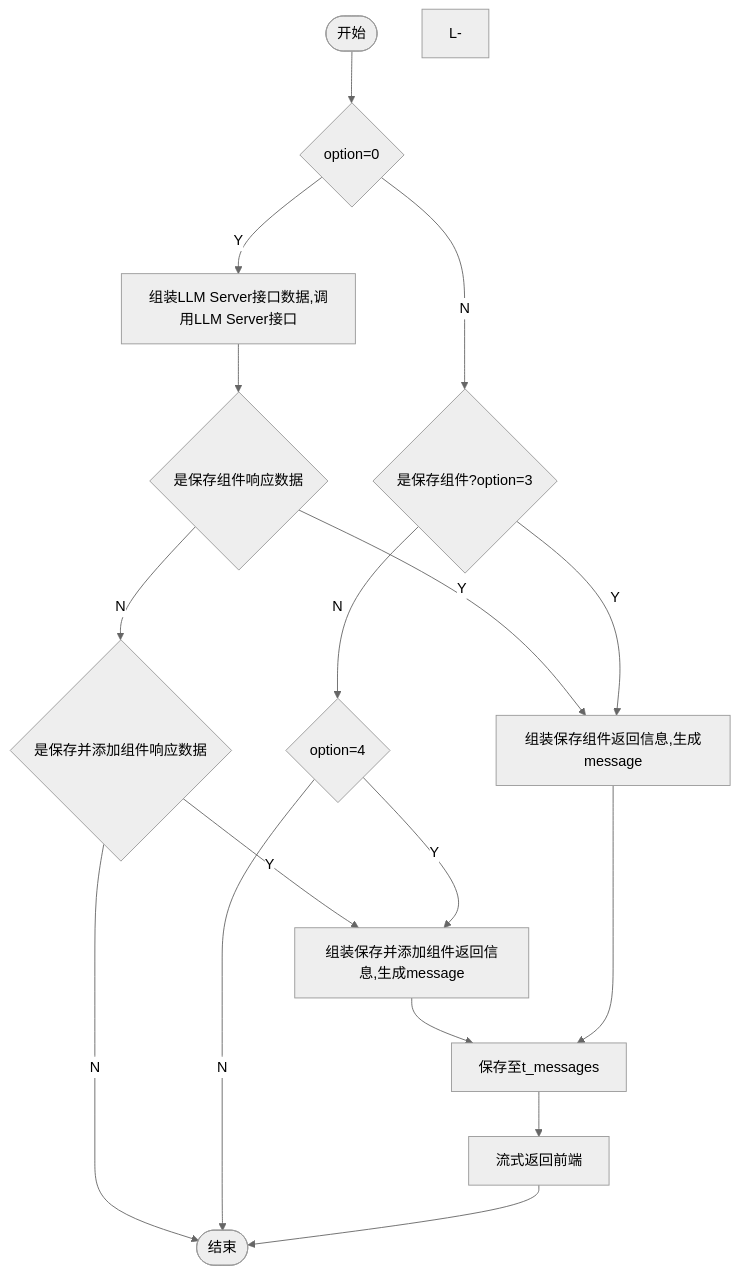
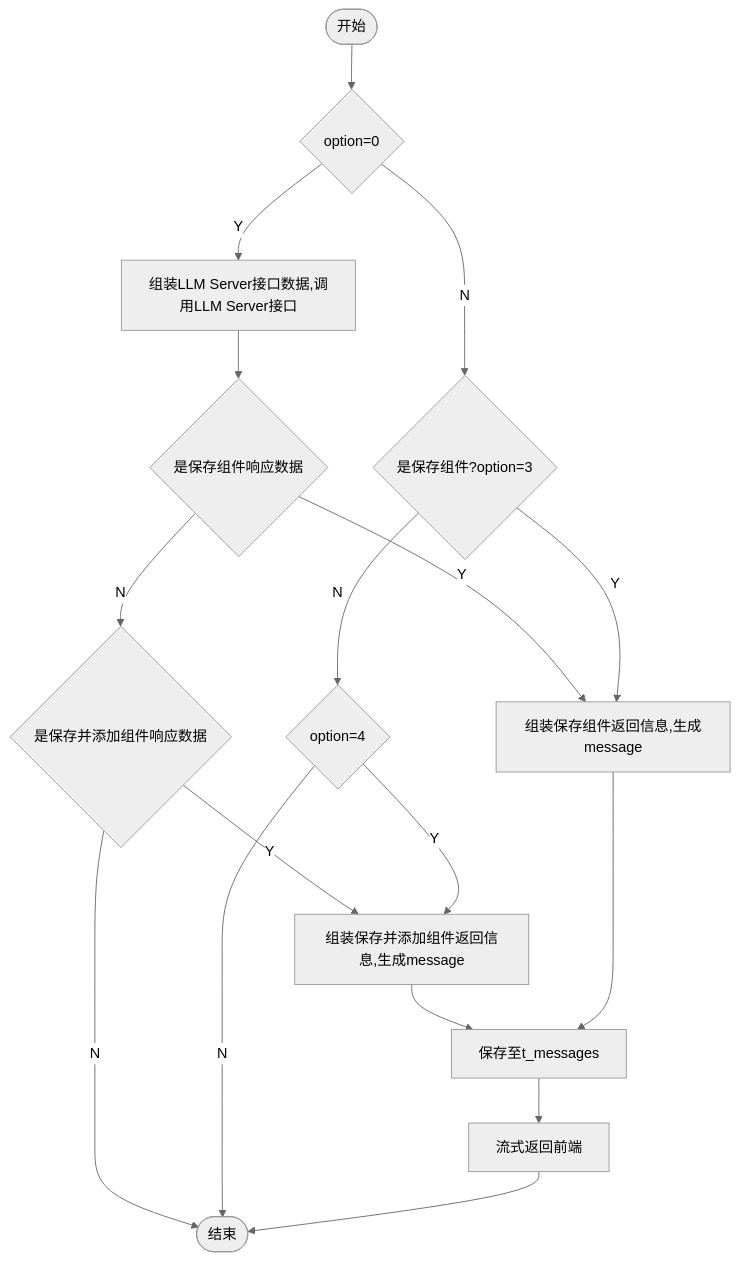
One commit to yingjianzh/iodraw-files changed the diagram in all/添加保存组件.md. Above: the diagram before and after it, drawn with Mermaid (neutral theme).

Commit message:
2024-10-14 13:41:46 update

````diff
--- a/all/添加保存组件.md
+++ b/all/添加保存组件.md
@@ -1,20 +1,19 @@
 ```mermaid
 flowchart TD
     A([开始]) --> B{option=0}
     B -- Y --> C[组装LLM Server接口数据,调用LLM Server接口]
     B -- N --> D{是保存组件?option=3}
     C --> E{是保存组件响应数据}
     E -- Y --> F[组装保存组件返回信息,生成message]
     E -- N --> L{是保存并添加组件响应数据}
-    L-
     L -- Y --> K
     L -- N --> I
     D -- Y --> F
     D -- N --> J{option=4}
     J -- Y --> K[组装保存并添加组件返回信息,生成message]
     K --> G
     J -- N --> I
     F --> G[保存至t_messages]
     G --> H[流式返回前端]
     H --> I([结束])
 ```
````
